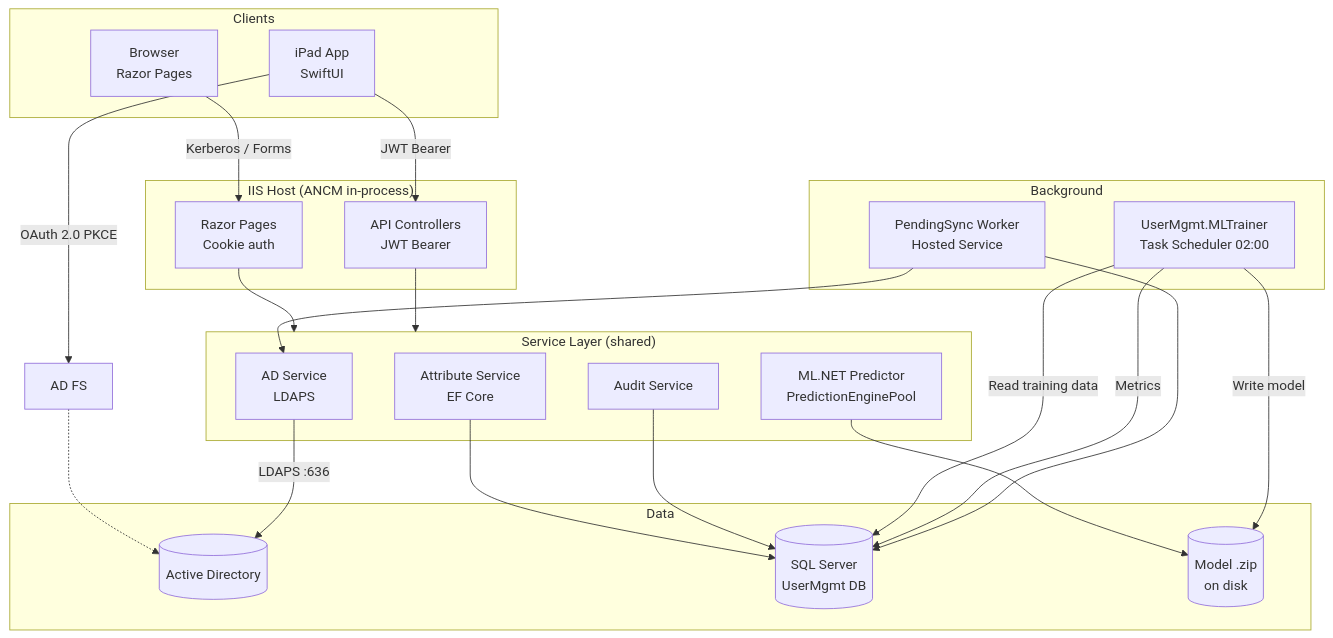
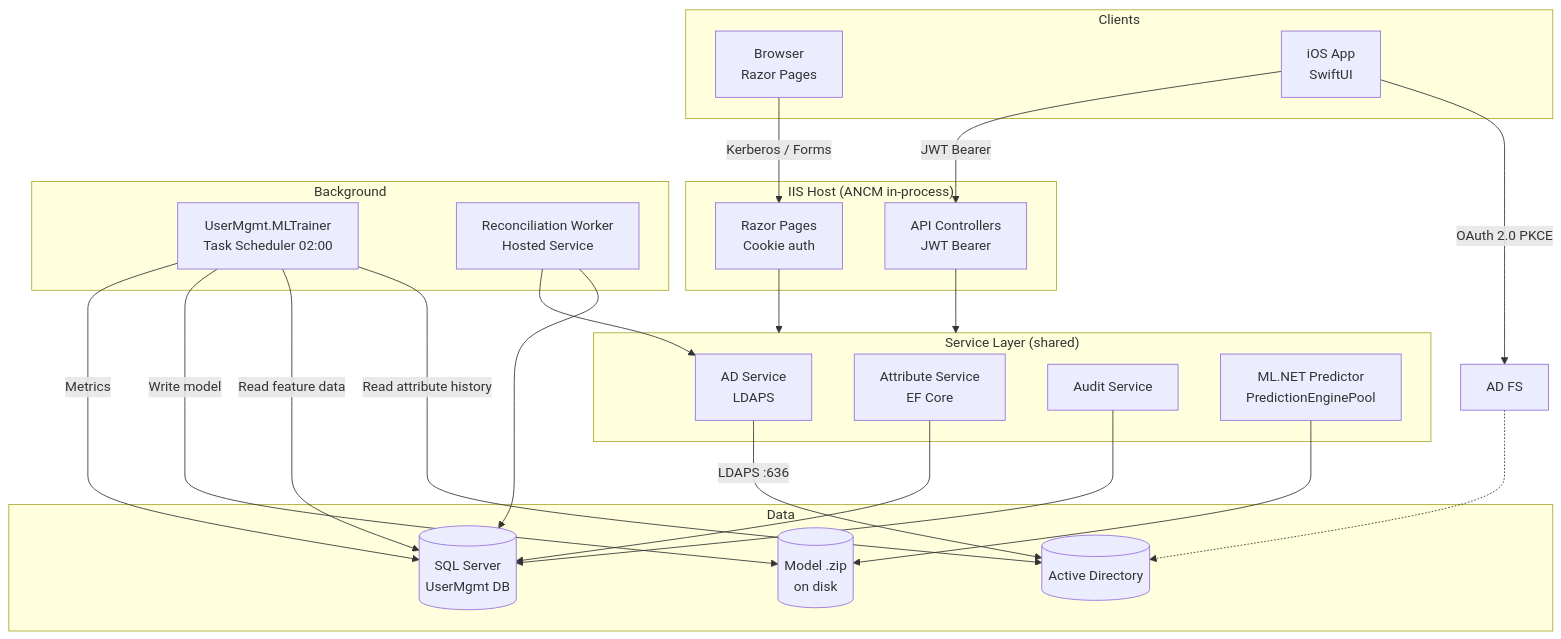
One commit to arthurkahwa/ad-user-management changed the first of 5 diagrams in README.md. Above: the diagram before and after it, drawn with Mermaid. The commit also changed other lines of this file and 1 other file, not shown here.

First line of the commit message:
Reconcile architecture spec with design-review decisions

````diff
--- a/README.md
+++ b/README.md
@@ -112,49 +120,50 @@
 ```mermaid
 graph TD
     subgraph Clients
         Browser[Browser<br/>Razor Pages]
-        iPad[iPad App<br/>SwiftUI]
+        iOS[iOS App<br/>SwiftUI]
     end
 
     subgraph IIS["IIS Host (ANCM in-process)"]
         Razor[Razor Pages<br/>Cookie auth]
         API[API Controllers<br/>JWT Bearer]
     end
 
     subgraph Services["Service Layer (shared)"]
         ADSvc[AD Service<br/>LDAPS]
         AttrSvc[Attribute Service<br/>EF Core]
         AuditSvc[Audit Service]
         MLPred[ML.NET Predictor<br/>PredictionEnginePool]
     end
 
     subgraph Data
         AD[(Active Directory)]
         SQL[(SQL Server<br/>UserMgmt DB)]
         Model[(Model .zip<br/>on disk)]
     end
 
     subgraph Background
         Trainer[UserMgmt.MLTrainer<br/>Task Scheduler 02:00]
-        Retry[PendingSync Worker<br/>Hosted Service]
+        Retry[Reconciliation Worker<br/>Hosted Service]
     end
 
     Browser -->|Kerberos / Forms| Razor
-    iPad -->|OAuth 2.0 PKCE| ADFS[AD FS]
-    iPad -->|JWT Bearer| API
+    iOS -->|OAuth 2.0 PKCE| ADFS[AD FS]
+    iOS -->|JWT Bearer| API
     ADFS -.-> AD
 
     Razor --> Services
     API --> Services
 
     ADSvc -->|LDAPS :636| AD
     AttrSvc --> SQL
     AuditSvc --> SQL
     MLPred --> Model
 
-    Trainer -->|Read training data| SQL
+    Trainer -->|Read attribute history| AD
+    Trainer -->|Read feature data| SQL
     Trainer -->|Write model| Model
     Trainer -->|Metrics| SQL
     Retry --> SQL
     Retry --> ADSvc
 ```
````
